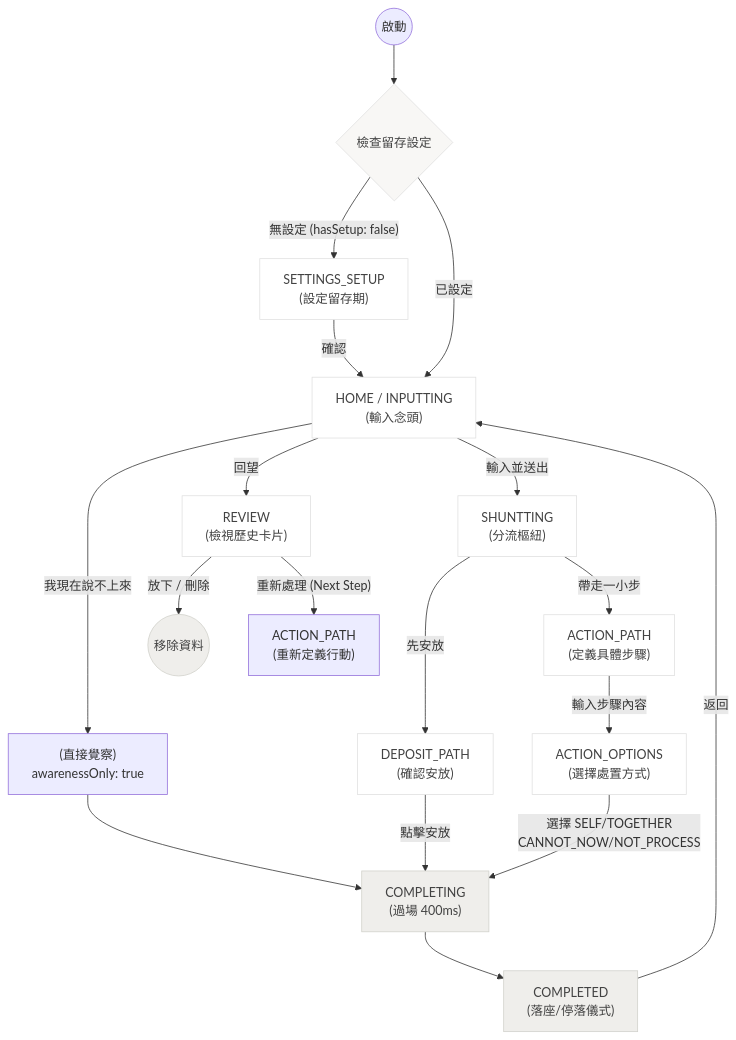
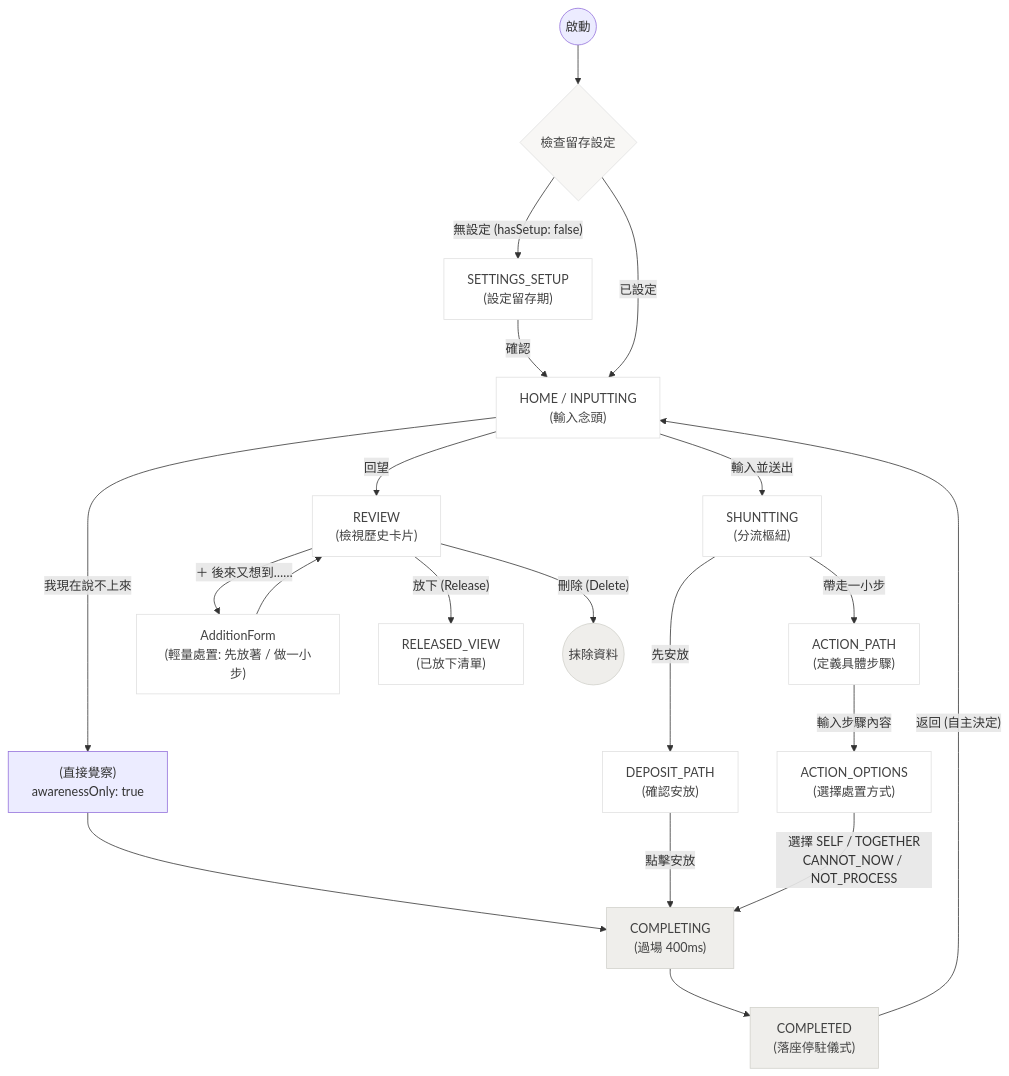
One commit to q5089877/privateMind changed the diagram in flow_diagram.md. Above: the diagram before and after it, drawn with Mermaid. The commit also changed 12 other files, not shown here.

Commit message:
refactor: align architecture with linear thought trajectory constitution and clean up legacy flow

````diff
--- a/flow_diagram.md
+++ b/flow_diagram.md
@@ -1,44 +1,46 @@
 ```mermaid
 flowchart TD
     %% 進入點
     Start(("啟動")) --> InitCheck{"檢查留存設定"}
     InitCheck -- "無設定 (hasSetup: false)" --> SETUP["SETTINGS_SETUP\n(設定留存期)"]
     SETUP -- "確認" --> HOME
     InitCheck -- "已設定" --> HOME["HOME / INPUTTING\n(輸入念頭)"]
 
     %% HOME 選擇
     HOME -- "輸入並送出" --> SHUNTTING["SHUNTTING\n(分流樞紐)"]
     HOME -- "我現在說不上來" --> AWARENESS["(直接覺察)\nawarenessOnly: true"]
     HOME -- "回望" --> REVIEW["REVIEW\n(檢視歷史卡片)"]
 
     %% 覺察直接結束
     AWARENESS --> COMPLETING
 
     %% SHUNTTING 分支
     SHUNTTING -- "先安放" --> DEPOSIT_PATH["DEPOSIT_PATH\n(確認安放)"]
     SHUNTTING -- "帶走一小步" --> ACTION_PATH["ACTION_PATH\n(定義具體步驟)"]
 
     %% DEPOSIT 分支
     DEPOSIT_PATH -- "點擊安放" --> COMPLETING
 
     %% ACTION 分支
     ACTION_PATH -- "輸入步驟內容" --> ACTION_OPTIONS["ACTION_OPTIONS\n(選擇處置方式)"]
-    ACTION_OPTIONS -- "選擇 SELF/TOGETHER\nCANNOT_NOW/NOT_PROCESS" --> COMPLETING
+    ACTION_OPTIONS -- "選擇 SELF / TOGETHER\nCANNOT_NOW / NOT_PROCESS" --> COMPLETING
 
     %% 儀式與完成
-    COMPLETING["COMPLETING\n(過場 400ms)"] --> COMPLETED["COMPLETED\n(落座/停落儀式)"]
-    COMPLETED -- "返回" --> HOME
+    COMPLETING["COMPLETING\n(過場 400ms)"] --> COMPLETED["COMPLETED\n(落座停駐儀式)"]
+    COMPLETED -- "返回 (自主決定)" --> HOME
 
-    %% 回望與重新處理
-    REVIEW -- "放下 / 刪除" --> Delete(("移除資料"))
-    REVIEW -- "重新處理 (Next Step)" --> ACTION_PATH_REENTRY["ACTION_PATH\n(重新定義行動)"]
+    %% 回望與線性軌跡
+    REVIEW -- "＋ 後來又想到……" --> ADDITION["AdditionForm\n(輕量處置: 先放著 / 做一小步)"]
+    ADDITION --> REVIEW
+    REVIEW -- "放下 (Release)" --> RELEASED_VIEW["RELEASED_VIEW\n(已放下清單)"]
+    REVIEW -- "刪除 (Delete)" --> Delete(("抹除資料"))
     
     %% Style tweaks
     classDef state fill:#FFFFFF,stroke:#E0E0E0,stroke-width:1px,color:#424242;
     classDef decision fill:#F8F7F5,stroke:#E0E0E0,stroke-width:1px,color:#424242,shape:hexagon;
     classDef ending fill:#EFEEEB,stroke:#D1D1CB,stroke-width:1px,color:#424242;
     
-    class HOME,SHUNTTING,DEPOSIT_PATH,ACTION_PATH,ACTION_OPTIONS,REVIEW,SETUP state;
+    class HOME,SHUNTTING,DEPOSIT_PATH,ACTION_PATH,ACTION_OPTIONS,REVIEW,SETUP,ADDITION,RELEASED_VIEW state;
     class InitCheck decision;
     class COMPLETING,COMPLETED,Delete ending;
 ```
````
